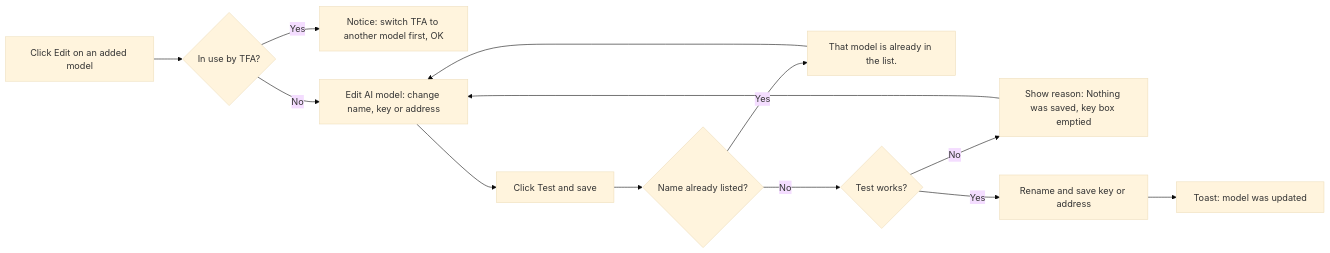
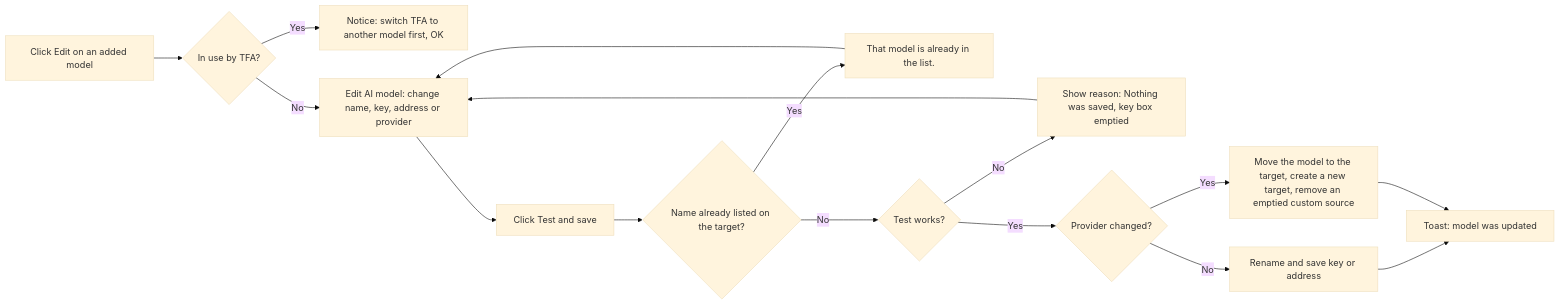
One commit to jojogeorge3344/TaskFlow-Project changed the fourth of 5 diagrams in TF - Documents/TF - BRD/06-Settings/06.3-TFA-Settings/BRD-TFA-Settings.md. Above: the diagram before and after it, drawn with Mermaid (base theme). The commit also changed other lines of this file and 8 other files, not shown here.

````diff
--- a/TF - Documents/TF - BRD/06-Settings/06.3-TFA-Settings/BRD-TFA-Settings.md
+++ b/TF - Documents/TF - BRD/06-Settings/06.3-TFA-Settings/BRD-TFA-Settings.md
@@ -295,13 +315,16 @@
 ```mermaid
 flowchart LR
   A["Click Edit on an added model"] --> B{"In use by TFA?"}
   B -- Yes --> C["Notice: switch TFA to another model first, OK"]
-  B -- No --> D["Edit AI model: change name, key or address"]
+  B -- No --> D["Edit AI model: change name, key, address or provider"]
   D --> E["Click Test and save"]
-  E --> F{"Name already listed?"}
+  E --> F{"Name already listed on the target?"}
   F -- Yes --> G["That model is already in the list."] --> D
   F -- No --> H{"Test works?"}
   H -- No --> I["Show reason: Nothing was saved, key box emptied"] --> D
-  H -- Yes --> J["Rename and save key or address"]
-  J --> K["Toast: model was updated"]
+  H -- Yes --> J{"Provider changed?"}
+  J -- No --> K["Rename and save key or address"]
+  J -- Yes --> L["Move the model to the target, create a new target, remove an emptied custom source"]
+  K --> M["Toast: model was updated"]
+  L --> M
 ```
````
